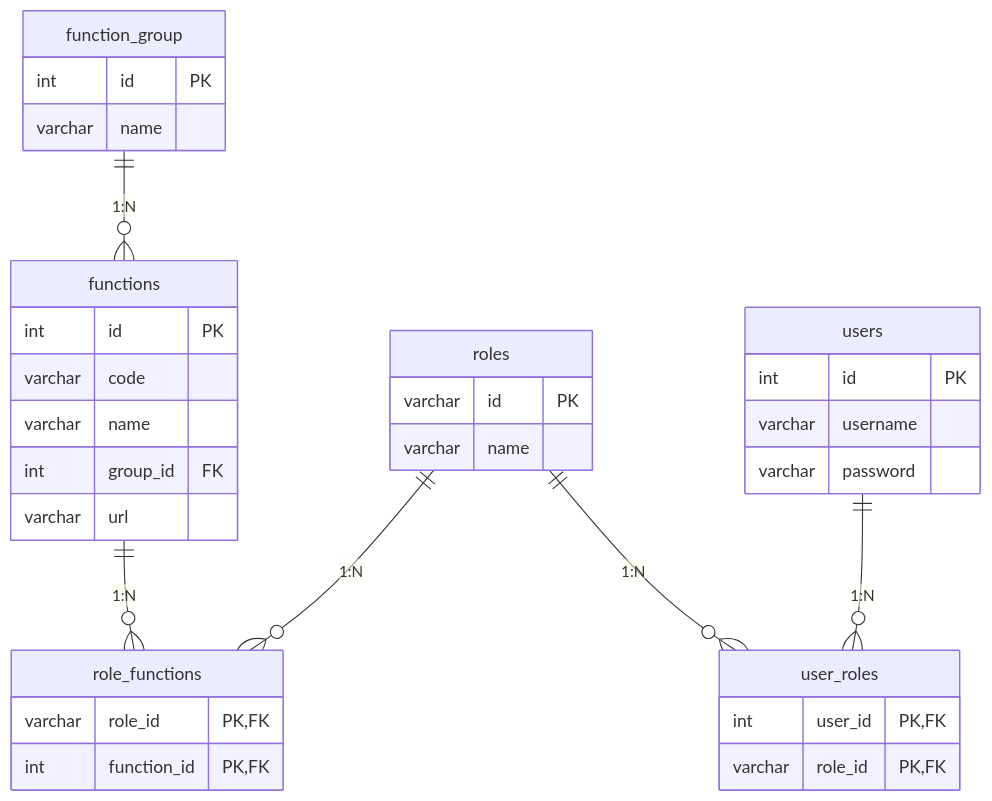
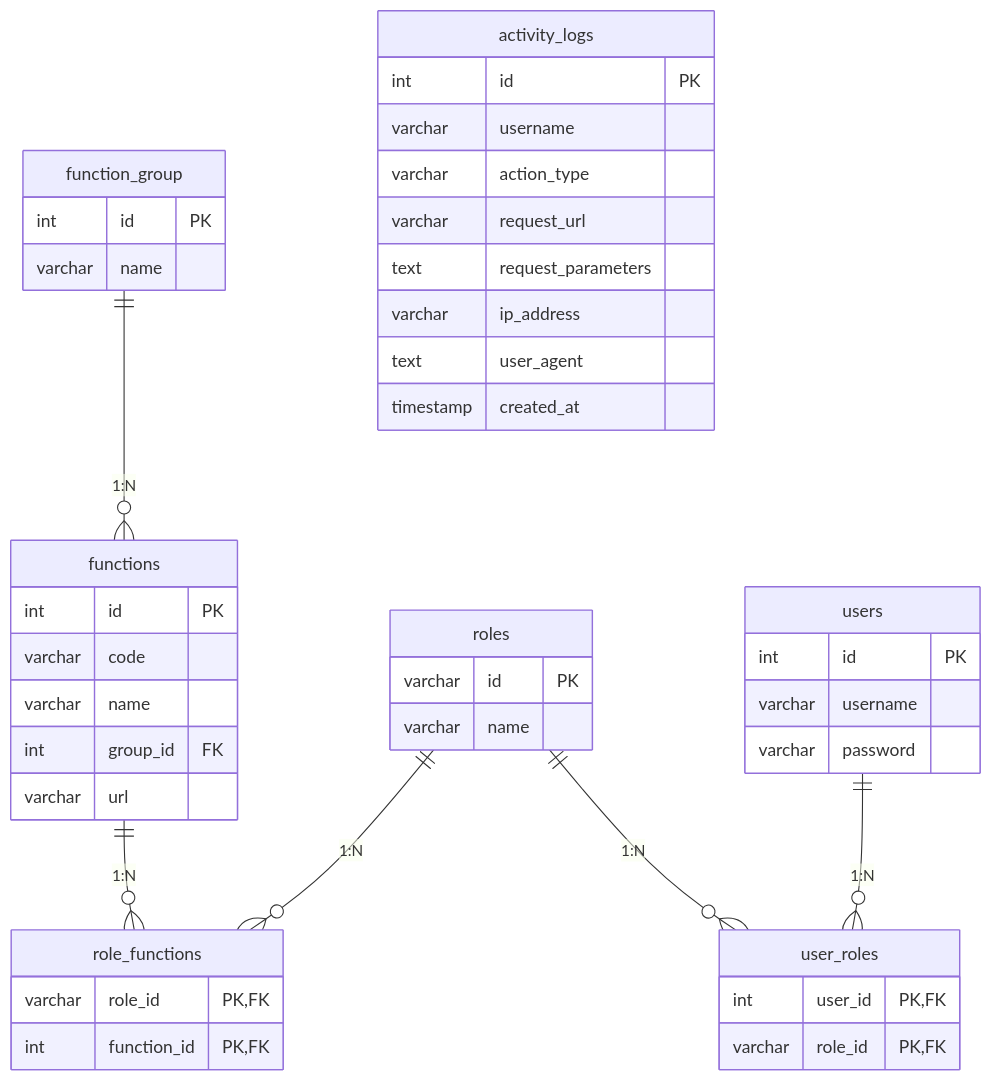
One commit to ighost0321/DemoRABC changed the diagram in doc/erd.mmd. Above: the diagram before and after it, drawn with Mermaid. The commit also changed 19 other files, not shown here.

```diff
--- a/doc/erd.mmd
+++ b/doc/erd.mmd
@@ -1,35 +1,45 @@
 erDiagram
     function_group ||--o{ functions : "1:N"
     functions ||--o{ role_functions : "1:N"
     roles ||--o{ role_functions : "1:N"
     users ||--o{ user_roles : "1:N"
     roles ||--o{ user_roles : "1:N"
 
     function_group {
       int id PK
       varchar name
     }
     functions {
       int id PK
       varchar code
       varchar name
       int group_id FK
       varchar url
     }
     roles {
       varchar id PK
       varchar name
     }
     users {
       int id PK
       varchar username
       varchar password
     }
     user_roles {
       int user_id PK, FK
       varchar role_id PK, FK
     }
     role_functions {
       varchar role_id PK, FK
       int function_id PK, FK
     }
+    activity_logs {
+      int id PK
+      varchar username
+      varchar action_type
+      varchar request_url
+      text request_parameters
+      varchar ip_address
+      text user_agent
+      timestamp created_at
+    }
```
